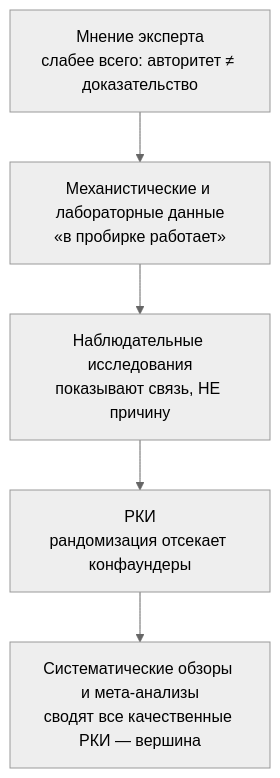
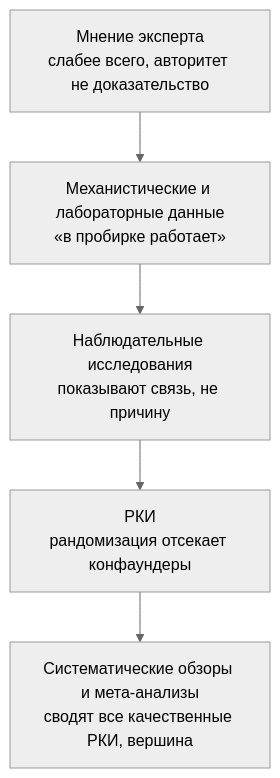
The fifth of 5 diagrams in README.md (cryptoyoginya/learneverything), drawn with Mermaid before and after one commit. The commit also changed other lines of this file, not shown here.

````diff
--- a/README.md
+++ b/README.md
@@ -253,9 +250,9 @@
 ```mermaid
 %%{init: {'theme':'neutral'}}%%
 graph TD
-    E["Мнение эксперта<br/>слабее всего: авторитет ≠ доказательство"] --> M
+    E["Мнение эксперта<br/>слабее всего, авторитет не доказательство"] --> M
     M["Механистические и лабораторные данные<br/>«в пробирке работает»"] --> O
-    O["Наблюдательные исследования<br/>показывают связь, НЕ причину"] --> R
+    O["Наблюдательные исследования<br/>показывают связь, не причину"] --> R
     R["РКИ<br/>рандомизация отсекает конфаундеры"] --> S
-    S["Систематические обзоры и мета-анализы<br/>сводят все качественные РКИ — вершина"]
+    S["Систематические обзоры и мета-анализы<br/>сводят все качественные РКИ, вершина"]
 ```
````
